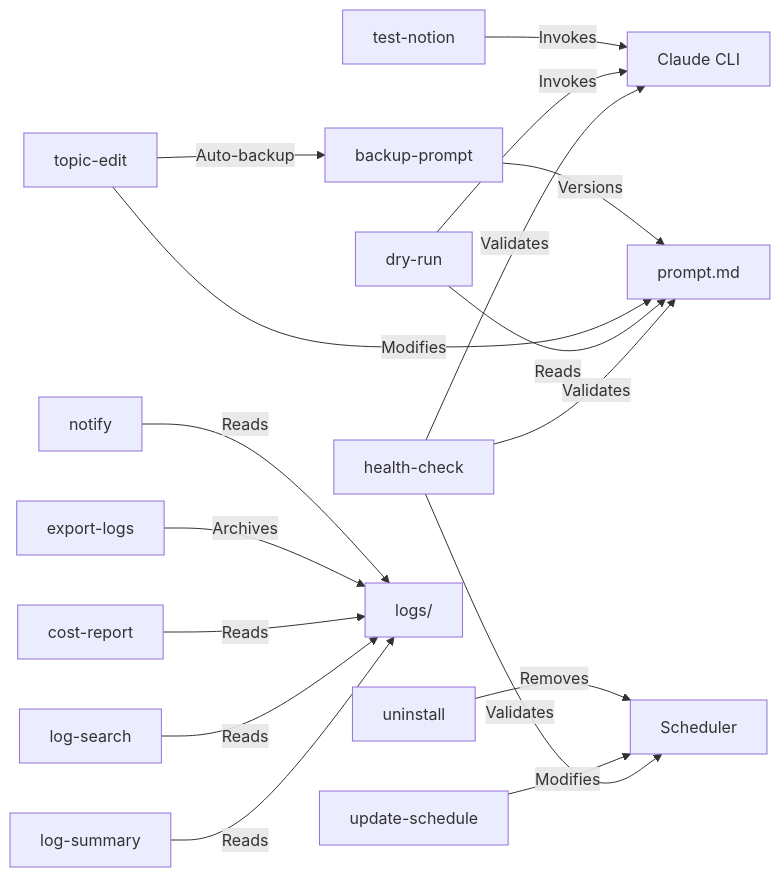
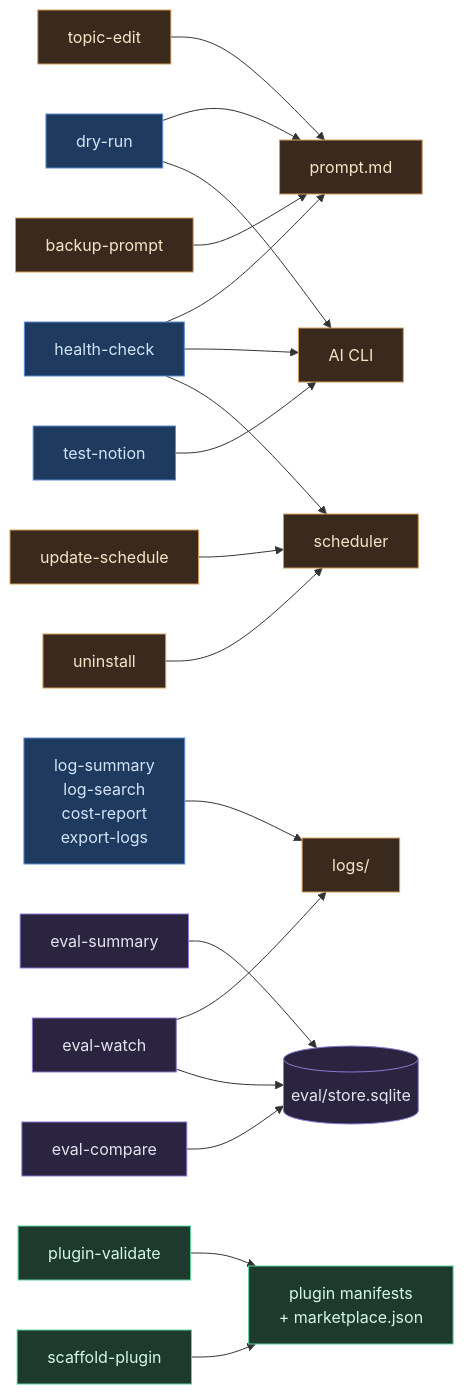
One commit to apelleg/freight-intel-brief changed the seventh of 25 diagrams in ARCHITECTURE.md. Above: the diagram before and after it, drawn with Mermaid. The commit also changed other lines of this file and 4 other files, not shown here.

````diff
--- a/ARCHITECTURE.md
+++ b/ARCHITECTURE.md
@@ -428,24 +431,31 @@
 ```mermaid
-graph LR
-    HC[health-check] -->|Validates| PM[prompt.md]
-    HC -->|Validates| CL[Claude CLI]
-    HC -->|Validates| SC[Scheduler]
+flowchart LR
+    classDef diag fill:#1e3a5f,stroke:#5b8dd8,color:#d4e4f8
+    classDef ops  fill:#3a2a1e,stroke:#d49b5b,color:#f5e6c8
+    classDef eval fill:#2a2440,stroke:#8b7ad4,color:#e4e4ef
+    classDef plug fill:#1e3a2f,stroke:#5bd49b,color:#d4f8e2
 
-    DR[dry-run] -->|Reads| PM
-    DR -->|Invokes| CL
-    TN[test-notion] -->|Invokes| CL
+    PM["prompt.md"]:::ops
+    CL["AI CLI"]:::ops
+    SC["scheduler"]:::ops
+    LG["logs/"]:::ops
+    STORE[("eval/store.sqlite")]:::eval
+    MFEST["plugin manifests<br/>+ marketplace.json"]:::plug
 
-    TE[topic-edit] -->|Modifies| PM
-    TE -->|Auto-backup| BP[backup-prompt]
-    BP -->|Versions| PM
+    HC["health-check"]:::diag       --> PM & CL & SC
+    DR["dry-run"]:::diag            --> PM & CL
+    TN["test-notion"]:::diag        --> CL
+    TE["topic-edit"]:::ops          --> PM
+    BP["backup-prompt"]:::ops       --> PM
+    US["update-schedule"]:::ops     --> SC
+    LS["log-summary<br/>log-search<br/>cost-report<br/>export-logs"]:::diag --> LG
+    UN["uninstall"]:::ops           --> SC
 
-    US[update-schedule] -->|Modifies| SC
+    ES["eval-summary"]:::eval       --> STORE
+    EW["eval-watch"]:::eval         --> LG
+    EW                              --> STORE
+    EC["eval-compare"]:::eval       --> STORE
 
-    LS[log-summary] -->|Reads| LG["logs/"]
-    LSR[log-search] -->|Reads| LG
-    CR[cost-report] -->|Reads| LG
-    EL[export-logs] -->|Archives| LG
-
-    NT[notify] -->|Reads| LG
-    UN[uninstall] -->|Removes| SC
+    PV["plugin-validate"]:::plug    --> MFEST
+    SP["scaffold-plugin"]:::plug    --> MFEST
 ```
````
